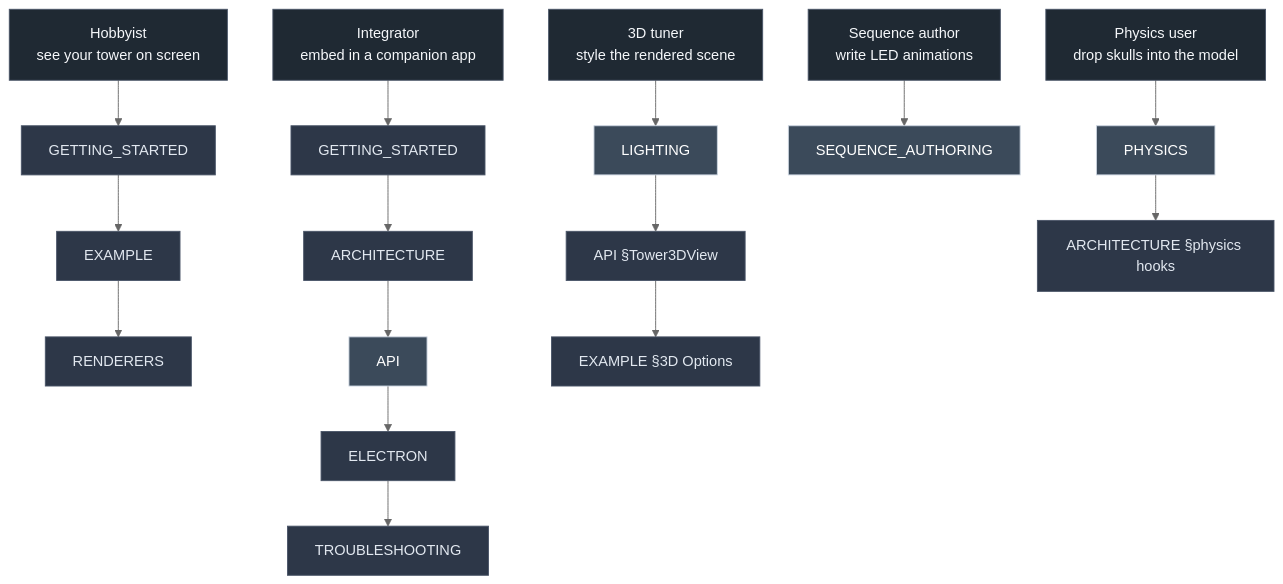
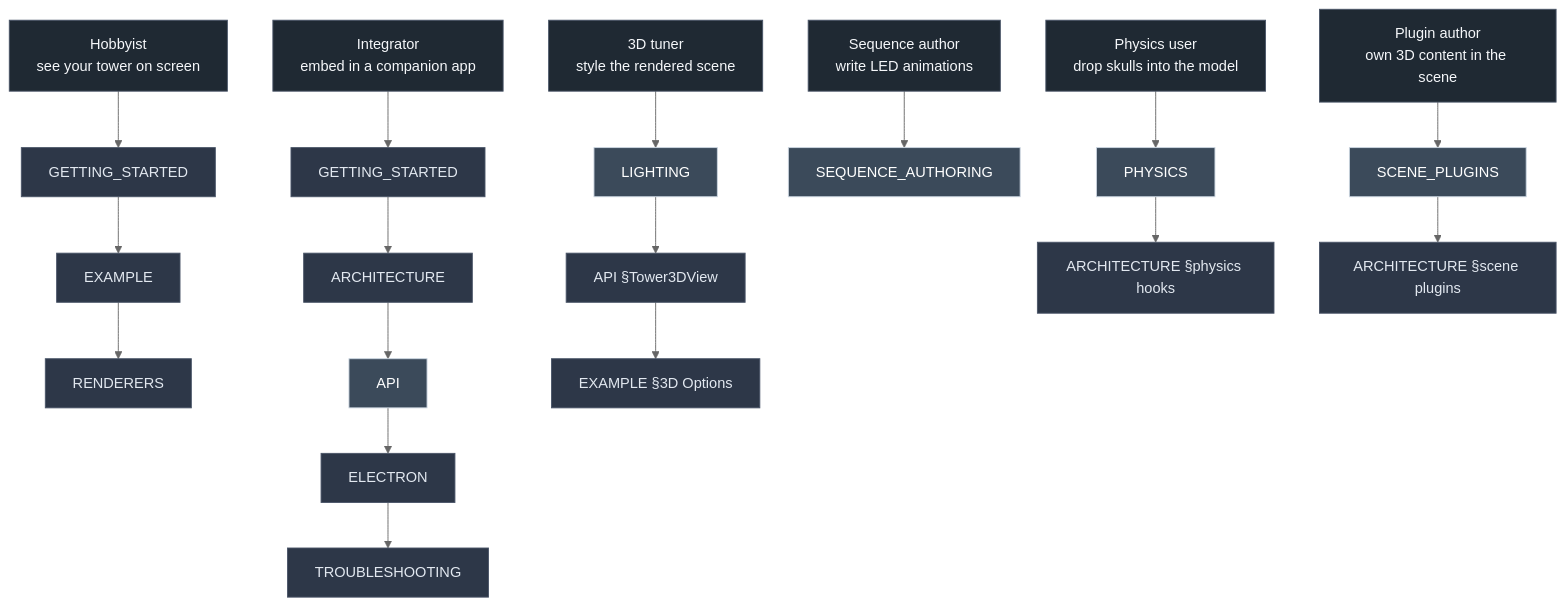
One commit to ChessMess/UltimateDarkTowerDisplay changed the diagram in docs/README.md. Above: the diagram before and after it, drawn with Mermaid (neutral theme). The commit also changed other lines of this file and 20 other files, not shown here.

First line of the commit message:
feat: generalized scene-plugin seam + board hand-off, UI docking, pointer contract

````diff
--- a/docs/README.md
+++ b/docs/README.md
@@ -7,31 +7,35 @@
 ```mermaid
 flowchart TB
     classDef role fill:#1f2933,stroke:#4a5568,color:#f5f7fa
     classDef doc fill:#2d3748,stroke:#4a5568,color:#e2e8f0
     classDef accent fill:#3b4a5a,stroke:#cbd5e0,color:#fff
 
     Hobbyist[Hobbyist<br/>see your tower on screen]:::role
     Integrator[Integrator<br/>embed in a companion app]:::role
     Tuner[3D tuner<br/>style the rendered scene]:::role
     Author[Sequence author<br/>write LED animations]:::role
     Physics[Physics user<br/>drop skulls into the model]:::role
+    Plugin[Plugin author<br/>own 3D content in the scene]:::role
 
     Hobbyist --> GS1[GETTING_STARTED]:::doc
     GS1 --> EX1[EXAMPLE]:::doc
     EX1 --> RE1[RENDERERS]:::doc
 
     Integrator --> GS2[GETTING_STARTED]:::doc
     GS2 --> AR1[ARCHITECTURE]:::doc
     AR1 --> AP1[API]:::accent
     AP1 --> EL1[ELECTRON]:::doc
     EL1 --> TR1[TROUBLESHOOTING]:::doc
 
     Tuner --> LI1[LIGHTING]:::accent
     LI1 --> AP2[API §Tower3DView]:::doc
     AP2 --> EX2[EXAMPLE §3D Options]:::doc
 
     Author --> SE1[SEQUENCE_AUTHORING]:::accent
 
     Physics --> PH1[PHYSICS]:::accent
     PH1 --> AR2[ARCHITECTURE §physics hooks]:::doc
+
+    Plugin --> SP1[SCENE_PLUGINS]:::accent
+    SP1 --> AR3[ARCHITECTURE §scene plugins]:::doc
 ```
````
